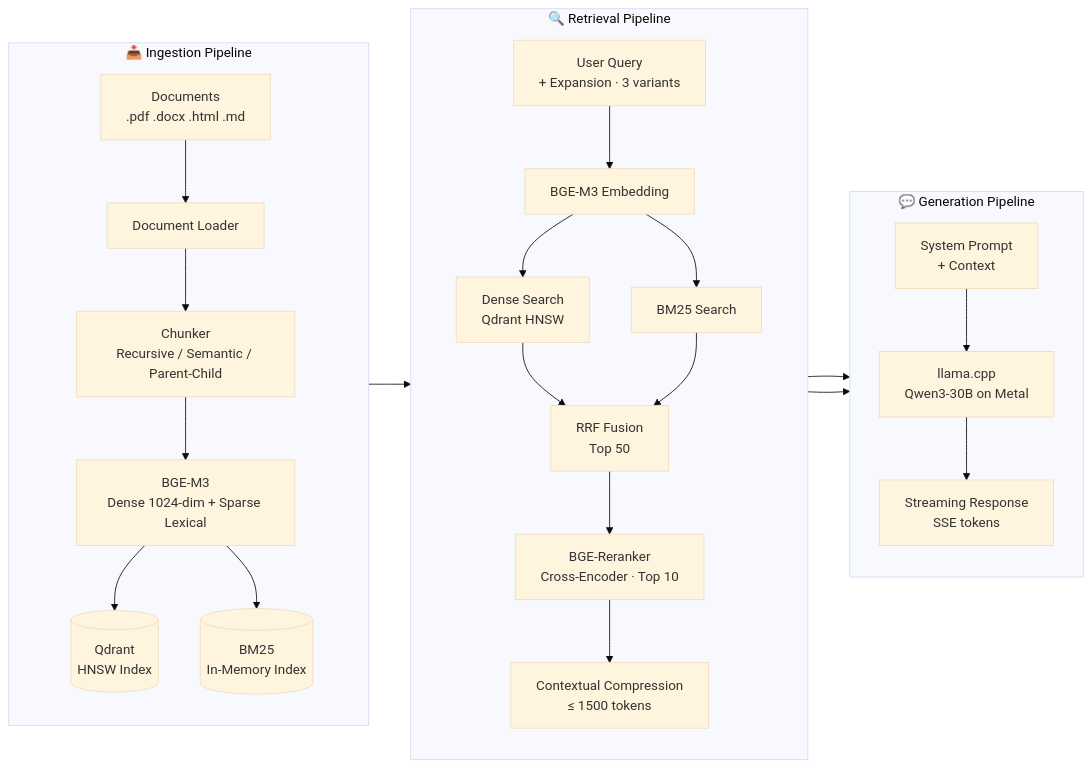
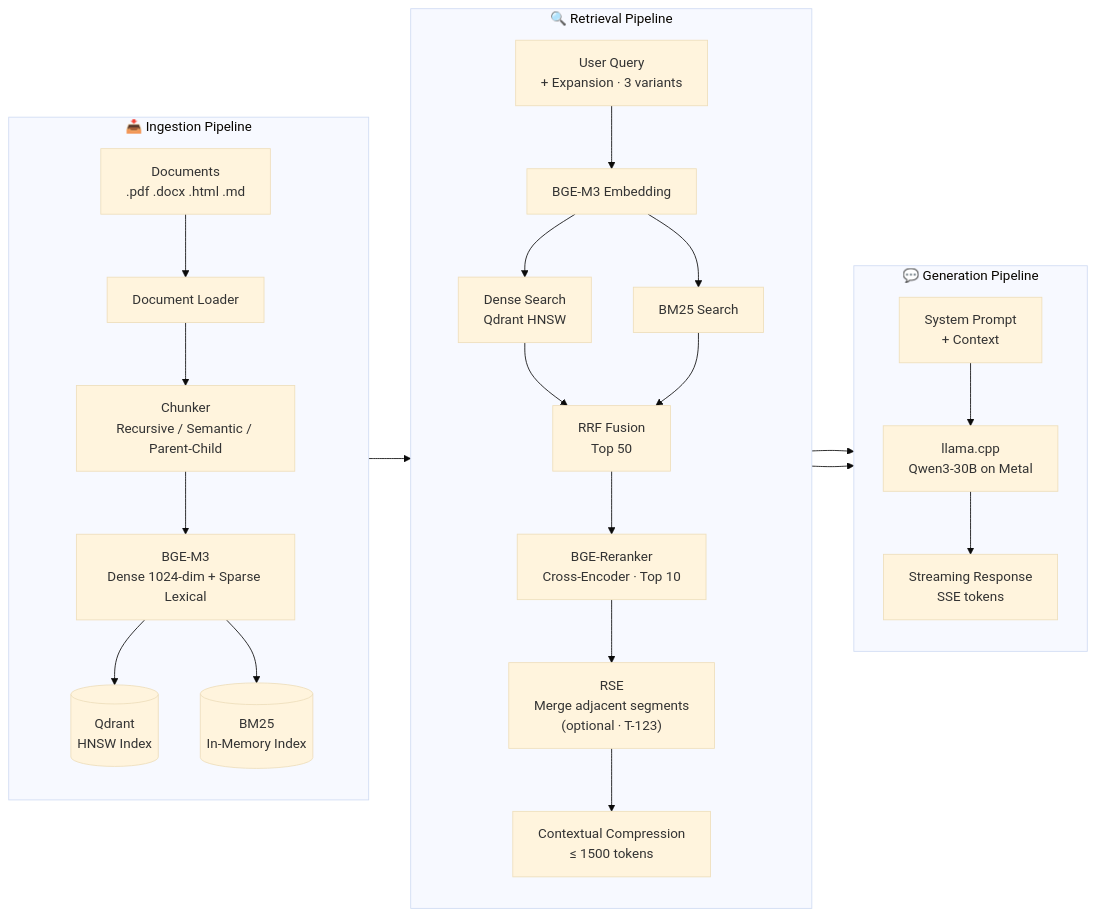
One commit to ealbertoav/rag_platform changed the first of 10 diagrams in README.md. Above: the diagram before and after it, drawn with Mermaid (base theme). The commit also changed other lines of this file and 10 other files, not shown here.

````diff
--- a/README.md
+++ b/README.md
@@ -44,32 +44,33 @@
 ```mermaid
 flowchart LR
     subgraph INGEST["📥 Ingestion Pipeline"]
         direction TB
         D["Documents<br/>.pdf .docx .html .md"] --> L[Document Loader]
         L --> C["Chunker<br/>Recursive / Semantic / Parent-Child"]
         C --> E["BGE-M3<br/>Dense 1024-dim + Sparse Lexical"]
         E --> Q[("Qdrant<br/>HNSW Index")]
         E --> B[("BM25<br/>In-Memory Index")]
     end
 
     subgraph RETRIEVE["🔍 Retrieval Pipeline"]
         direction TB
         QX["User Query<br/>+ Expansion · 3 variants"] --> EM[BGE-M3 Embedding]
         EM --> DS["Dense Search<br/>Qdrant HNSW"]
         EM --> BS[BM25 Search]
         DS --> RF["RRF Fusion<br/>Top 50"]
         BS --> RF
         RF --> RR["BGE-Reranker<br/>Cross-Encoder · Top 10"]
-        RR --> CC["Contextual Compression<br/>≤ 1500 tokens"]
+        RR --> RSE["RSE<br/>Merge adjacent segments<br/>(optional · T-123)"]
+        RSE --> CC["Contextual Compression<br/>≤ 1500 tokens"]
     end
 
     subgraph GENERATE["💬 Generation Pipeline"]
         direction TB
         CC --> PR["System Prompt<br/>+ Context"]
         PR --> LLM["llama.cpp<br/>Qwen3-30B on Metal"]
         LLM --> SSE["Streaming Response<br/>SSE tokens"]
     end
 
     INGEST --> RETRIEVE
     RETRIEVE --> GENERATE
 ```
````
